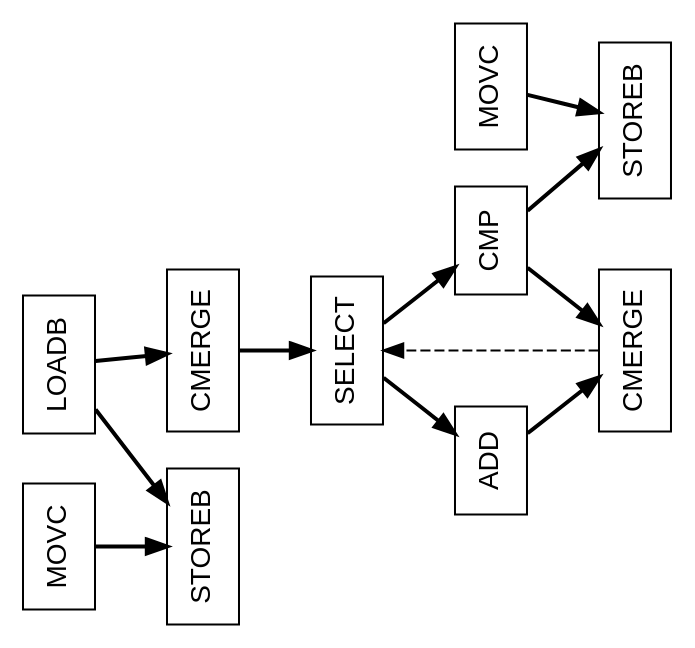
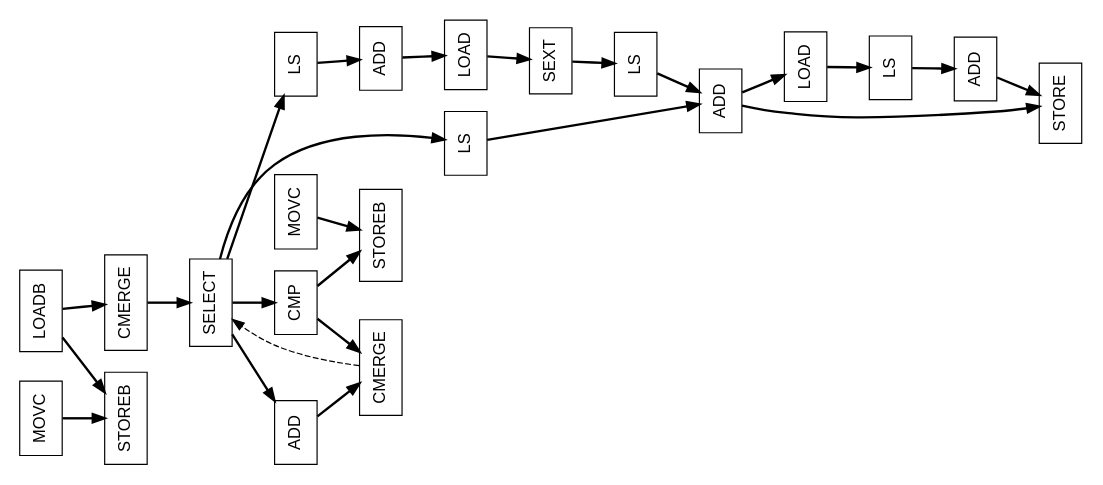
Before and after one commit to vlad-nitu/Morpher_DFG_Generator: the diagram in benchmarks/morpher_benchmarks/4radix/page_table_walk_PartPredDFG_simple.dot, drawn with Graphviz. The commit also changed 11 other files, not shown here.

```diff
--- a/benchmarks/morpher_benchmarks/4radix/page_table_walk_PartPredDFG_simple.dot
+++ b/benchmarks/morpher_benchmarks/4radix/page_table_walk_PartPredDFG_simple.dot
@@ -1,29 +1,53 @@
 digraph Region_18 {
 	graph [ nslimit = "1000.0",
 	orientation = landscape,
 		center = true,
 	page = "8.5,11",
 	compound=true,
 	size = "10,7.5" ] ;
-"Op_4" [ fontname = "Helvetica" shape = box, label = " LOADB"]
-"Op_9" [ fontname = "Helvetica" shape = box, label = " STOREB"]
-"Op_10" [ fontname = "Helvetica" shape = box, label = " MOVC"]
+"Op_12" [ fontname = "Helvetica" shape = box, label = " LOADB"]
+"Op_20" [ fontname = "Helvetica" shape = box, label = " STOREB"]
+"Op_21" [ fontname = "Helvetica" shape = box, label = " MOVC"]
 "Op_0" [ fontname = "Helvetica" shape = box, label = " SELECT"]
 "Op_1" [ fontname = "Helvetica" shape = box, label = " CMP"]
 "Op_3" [ fontname = "Helvetica" shape = box, label = " ADD"]
-"Op_5" [ fontname = "Helvetica" shape = box, label = " CMERGE"]
-"Op_6" [ fontname = "Helvetica" shape = box, label = " CMERGE"]
-"Op_20007" [ fontname = "Helvetica" shape = box, label = " STOREB"]
-"Op_20008" [ fontname = "Helvetica" shape = box, label = " MOVC"]
+"Op_4" [ fontname = "Helvetica" shape = box, label = " ADD"]
+"Op_5" [ fontname = "Helvetica" shape = box, label = " STORE"]
+"Op_6" [ fontname = "Helvetica" shape = box, label = " LOAD"]
+"Op_7" [ fontname = "Helvetica" shape = box, label = " LS"]
+"Op_8" [ fontname = "Helvetica" shape = box, label = " ADD"]
+"Op_9" [ fontname = "Helvetica" shape = box, label = " ADD"]
+"Op_10" [ fontname = "Helvetica" shape = box, label = " LOAD"]
+"Op_11" [ fontname = "Helvetica" shape = box, label = " SEXT"]
+"Op_13" [ fontname = "Helvetica" shape = box, label = " CMERGE"]
+"Op_14" [ fontname = "Helvetica" shape = box, label = " CMERGE"]
+"Op_15" [ fontname = "Helvetica" shape = box, label = " LS"]
+"Op_16" [ fontname = "Helvetica" shape = box, label = " LS"]
+"Op_17" [ fontname = "Helvetica" shape = box, label = " LS"]
+"Op_20018" [ fontname = "Helvetica" shape = box, label = " STOREB"]
+"Op_20019" [ fontname = "Helvetica" shape = box, label = " MOVC"]
 "Op_0" -> "Op_1" [style = bold, color = black];
 "Op_0" -> "Op_3" [style = bold, color = black];
-"Op_1" -> "Op_6" [style = bold, color = black];
-"Op_1" -> "Op_20007" [style = bold, color = black];
-"Op_3" -> "Op_6" [style = bold, color = black];
+"Op_0" -> "Op_15" [style = bold, color = black];
+"Op_0" -> "Op_17" [style = bold, color = black];
+"Op_1" -> "Op_14" [style = bold, color = black];
+"Op_1" -> "Op_20018" [style = bold, color = black];
+"Op_3" -> "Op_14" [style = bold, color = black];
 "Op_4" -> "Op_5" [style = bold, color = black];
-"Op_4" -> "Op_9" [style = bold, color = black];
-"Op_5" -> "Op_0" [style = bold, color = black];
-"Op_6" -> "Op_0" [style = dashed, color = black];
-"Op_20008" -> "Op_20007" [style = bold, color = black];
-"Op_10" -> "Op_9" [style = bold, color = black];
+"Op_4" -> "Op_6" [style = bold, color = black];
+"Op_6" -> "Op_7" [style = bold, color = black];
+"Op_7" -> "Op_8" [style = bold, color = black];
+"Op_8" -> "Op_5" [style = bold, color = black];
+"Op_9" -> "Op_10" [style = bold, color = black];
+"Op_10" -> "Op_11" [style = bold, color = black];
+"Op_11" -> "Op_16" [style = bold, color = black];
+"Op_12" -> "Op_13" [style = bold, color = black];
+"Op_12" -> "Op_20" [style = bold, color = black];
+"Op_13" -> "Op_0" [style = bold, color = black];
+"Op_14" -> "Op_0" [style = dashed, color = black];
+"Op_17" -> "Op_9" [style = bold, color = black];
+"Op_16" -> "Op_4" [style = bold, color = black];
+"Op_15" -> "Op_4" [style = bold, color = black];
+"Op_20019" -> "Op_20018" [style = bold, color = black];
+"Op_21" -> "Op_20" [style = bold, color = black];
 }
```
